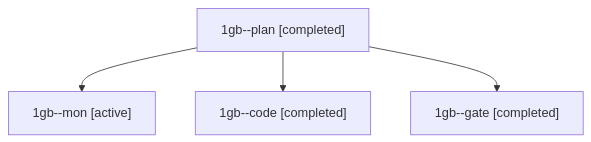
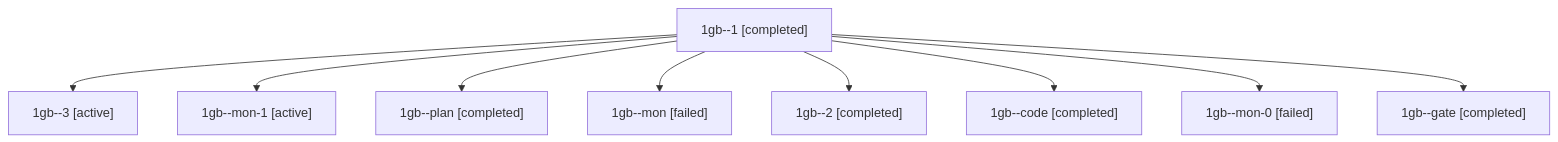
Before and after one commit to bobs-org/bob-cli--agents: the diagram in sessions/bbugyi200.athena.1gb.md, drawn with Mermaid. The commit also changed other lines of this file and 41 other files, not shown here.

````diff
--- a/sessions/bbugyi200.athena.1gb.md
+++ b/sessions/bbugyi200.athena.1gb.md
@@ -9,10 +9,20 @@
 ```mermaid
 flowchart TD
-  n0["1gb--plan [completed]"]
-  n1["1gb--mon [active]"]
+  n0["1gb--1 [completed]"]
+  n1["1gb--3 [active]"]
   n0 --> n1
-  n2["1gb--code [completed]"]
+  n2["1gb--mon-1 [active]"]
   n0 --> n2
-  n3["1gb--gate [completed]"]
+  n3["1gb--plan [completed]"]
   n0 --> n3
+  n4["1gb--mon [failed]"]
+  n0 --> n4
+  n5["1gb--2 [completed]"]
+  n0 --> n5
+  n6["1gb--code [completed]"]
+  n0 --> n6
+  n7["1gb--mon-0 [failed]"]
+  n0 --> n7
+  n8["1gb--gate [completed]"]
+  n0 --> n8
 ```
````
